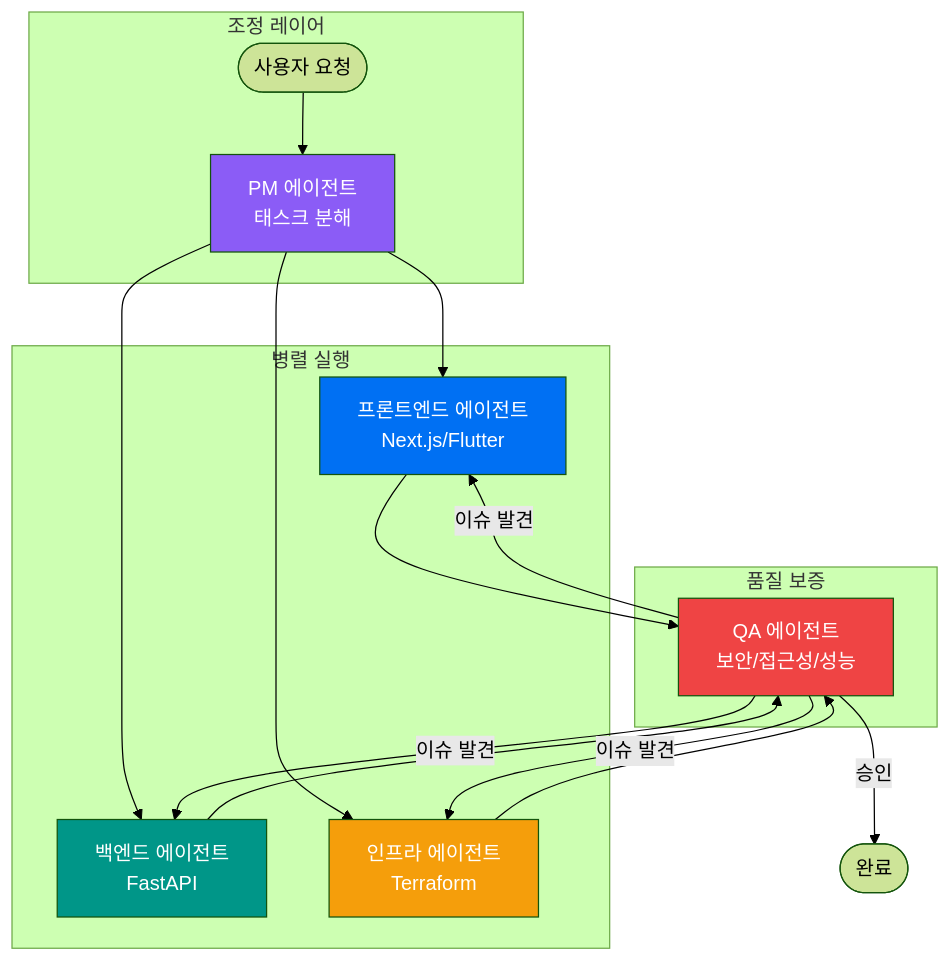
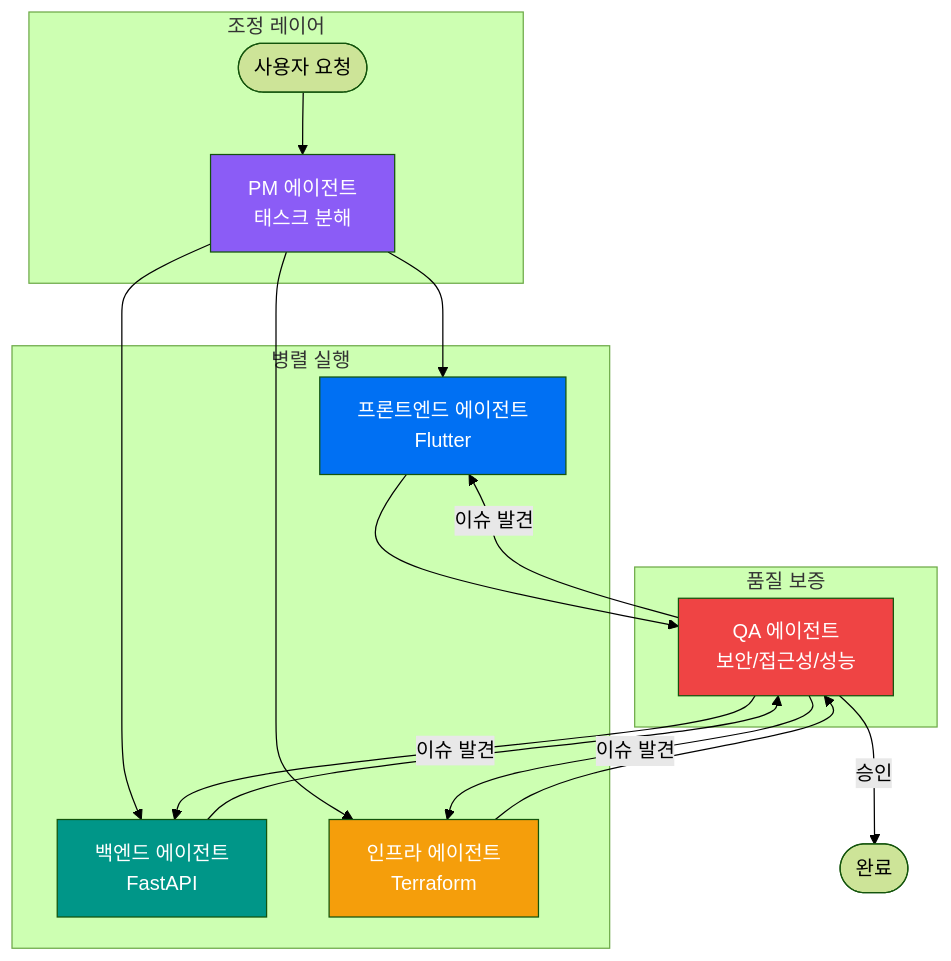
Before and after one commit to first-fluke/juny: the second of 2 diagrams in README.ko.md, drawn with Mermaid (forest theme). The commit also changed other lines of this file and 7 other files, not shown here.

````diff
--- a/README.ko.md
+++ b/README.ko.md
@@ -83,29 +79,29 @@
 ```mermaid
 graph TB
     subgraph Coordination["조정 레이어"]
         User([사용자 요청])
         PM[PM 에이전트<br/>태스크 분해]
     end
 
     subgraph Execution["병렬 실행"]
-        FE[프론트엔드 에이전트<br/>Next.js/Flutter]
+        FE[프론트엔드 에이전트<br/>Flutter]
         BE[백엔드 에이전트<br/>FastAPI]
         Infra[인프라 에이전트<br/>Terraform]
     end
 
     subgraph Review["품질 보증"]
         QA[QA 에이전트<br/>보안/접근성/성능]
     end
 
     User --> PM
     PM --> FE & BE & Infra
     FE & BE & Infra --> QA
     QA -->|이슈 발견| FE & BE & Infra
     QA -->|승인| Done([완료])
 
     style PM fill:#8B5CF6,color:#fff
     style FE fill:#0070f3,color:#fff
     style BE fill:#009688,color:#fff
     style Infra fill:#F59E0B,color:#fff
     style QA fill:#EF4444,color:#fff
 ```
````
